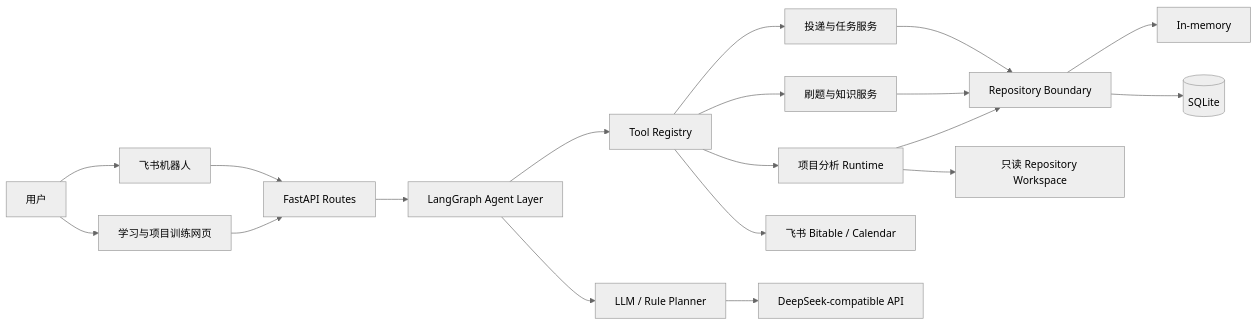
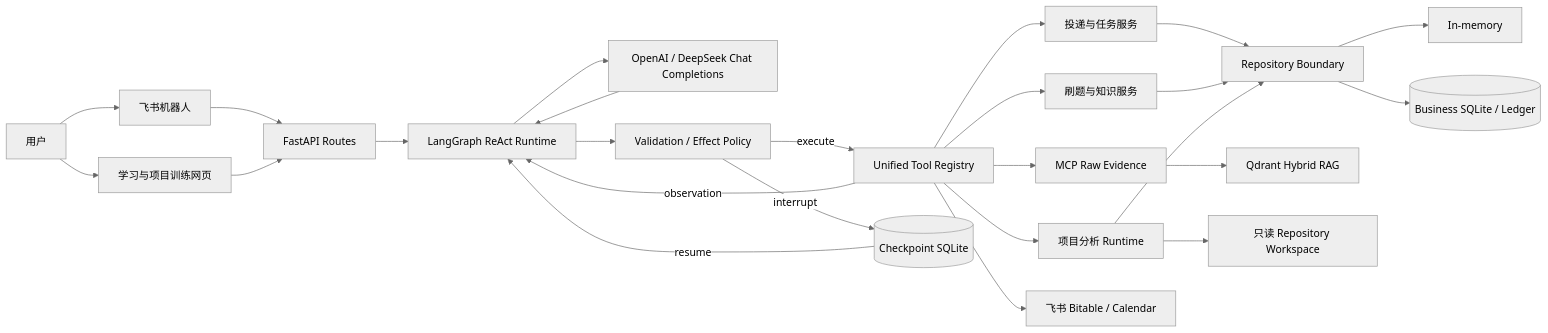
The diagram in README.md (Zhu-IT-wb/OfferPilot), drawn with Mermaid (neutral theme) before and after one commit. The commit also changed other lines of this file and 120 other files, not shown here.

First line of the commit message:
Refactor main agent into recoverable ReAct runtime and add demos

````diff
--- a/README.md
+++ b/README.md
@@ -71,26 +129,32 @@
 ```mermaid
 flowchart LR
     U[用户] --> FB[飞书机器人]
     U --> WEB[学习与项目训练网页]
 
     FB --> API[FastAPI Routes]
     WEB --> API
 
-    API --> AGENT[LangGraph Agent Layer]
-    AGENT --> PLAN[LLM / Rule Planner]
-    AGENT --> TOOLS[Tool Registry]
+    API --> AGENT[LangGraph ReAct Runtime]
+    AGENT --> LLM[OpenAI / DeepSeek Chat Completions]
+    LLM --> AGENT
+    AGENT --> POLICY[Validation / Effect Policy]
+    POLICY -->|execute| TOOLS[Unified Tool Registry]
+    TOOLS -->|observation| AGENT
+    POLICY -->|interrupt| CP[(Checkpoint SQLite)]
+    CP -->|resume| AGENT
 
     TOOLS --> APP[投递与任务服务]
     TOOLS --> STUDY[刷题与知识服务]
+    TOOLS --> MCP[MCP Raw Evidence]
     TOOLS --> ANALYSIS[项目分析 Runtime]
     TOOLS --> FEISHU[飞书 Bitable / Calendar]
 
     APP --> REPO[Repository Boundary]
     STUDY --> REPO
     ANALYSIS --> REPO
     REPO --> MEM[In-memory]
-    REPO --> DB[(SQLite)]
+    REPO --> DB[(Business SQLite / Ledger)]
 
-    PLAN --> LLM[DeepSeek-compatible API]
+    MCP --> RAG[Qdrant Hybrid RAG]
     ANALYSIS --> WS[只读 Repository Workspace]
 ```
````
